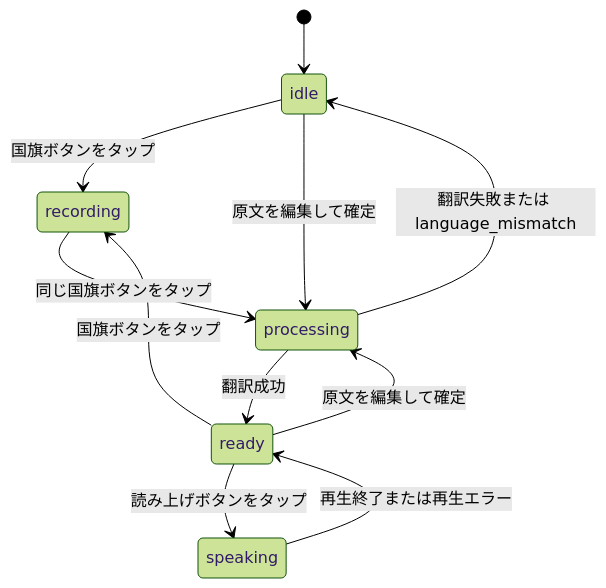
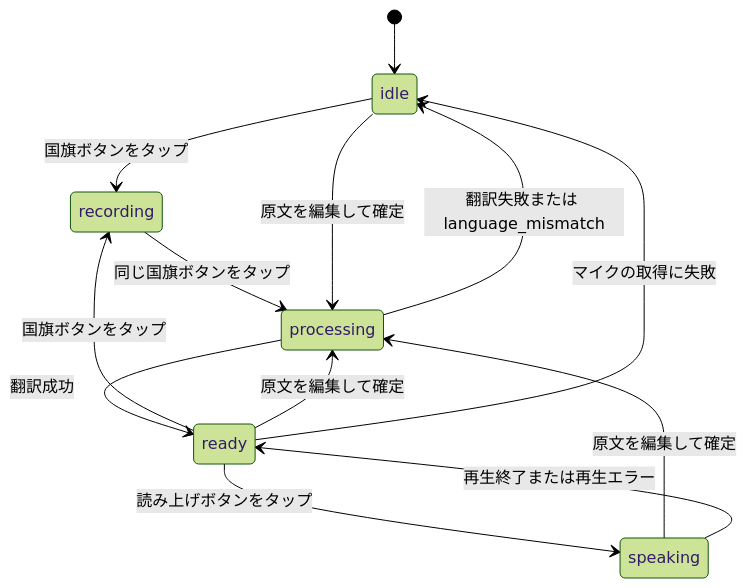
Before and after one commit to shin-arita/gotalk: the second of 2 diagrams in docs/speech-flow.md, drawn with Mermaid (forest theme). The commit also changed other lines of this file and 12 other files, not shown here.

````diff
--- a/docs/speech-flow.md
+++ b/docs/speech-flow.md
@@ -113,13 +113,15 @@
 ```mermaid
 stateDiagram-v2
   [*] --> idle
   idle --> recording: 国旗ボタンをタップ
   ready --> recording: 国旗ボタンをタップ
   recording --> processing: 同じ国旗ボタンをタップ
   processing --> ready: 翻訳成功
   processing --> idle: 翻訳失敗または language_mismatch
   ready --> processing: 原文を編集して確定
   idle --> processing: 原文を編集して確定
+  speaking --> processing: 原文を編集して確定
+  ready --> idle: マイクの取得に失敗
   ready --> speaking: 読み上げボタンをタップ
   speaking --> ready: 再生終了または再生エラー
 ```
````
